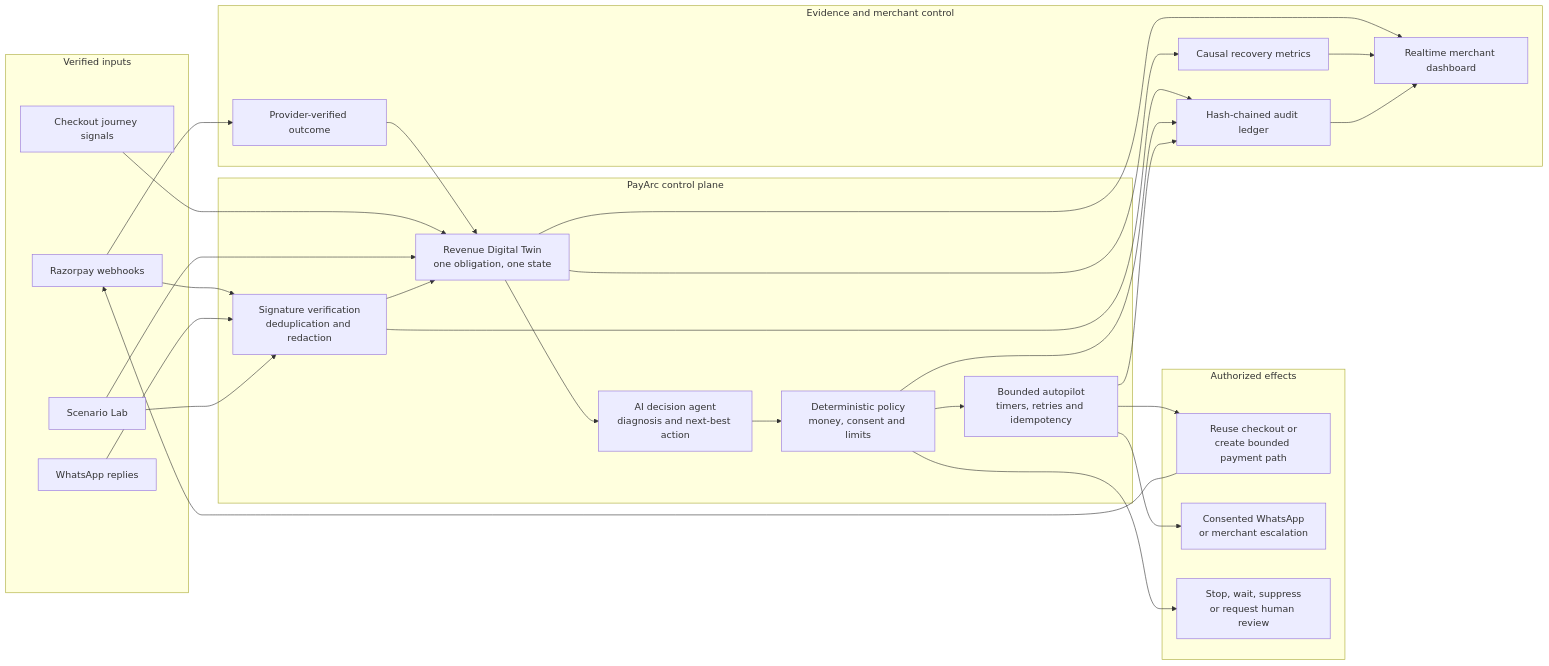
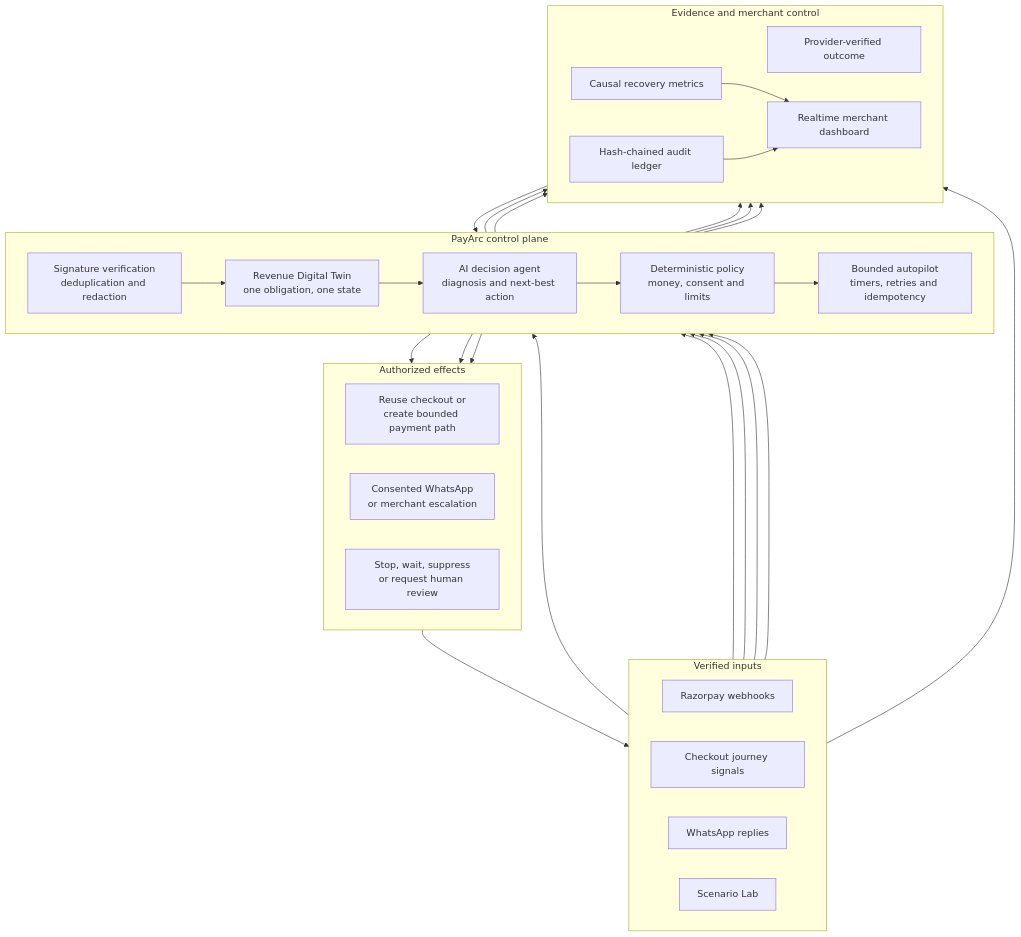
One commit to l0h1nth/PayArc changed the first of 8 diagrams in README.md. Above: the diagram before and after it, drawn with Mermaid. The commit also changed other lines of this file, not shown here.

Commit message:
docs: improve pipeline diagram readability

````diff
--- a/README.md
+++ b/README.md
@@ -11,49 +11,53 @@
 ```mermaid
-flowchart LR
+flowchart TB
     subgraph Sources[Verified inputs]
+        direction LR
         RZP[Razorpay webhooks]
         SDK[Checkout journey signals]
         WA[WhatsApp replies]
         LAB[Scenario Lab]
     end
 
     subgraph Control[PayArc control plane]
+        direction LR
         VERIFY[Signature verification<br/>deduplication and redaction]
         TWIN[Revenue Digital Twin<br/>one obligation, one state]
         AI[AI decision agent<br/>diagnosis and next-best action]
         POLICY[Deterministic policy<br/>money, consent and limits]
         WORKER[Bounded autopilot<br/>timers, retries and idempotency]
     end
 
     subgraph Effects[Authorized effects]
+        direction LR
         PATH[Reuse checkout or<br/>create bounded payment path]
         MESSAGE[Consented WhatsApp<br/>or merchant escalation]
         STOP[Stop, wait, suppress<br/>or request human review]
     end
 
     subgraph Proof[Evidence and merchant control]
+        direction LR
         OUTCOME[Provider-verified outcome]
         METRICS[Causal recovery metrics]
         AUDIT[Hash-chained audit ledger]
         UI[Realtime merchant dashboard]
     end
 
     RZP --> VERIFY
     WA --> VERIFY
     SDK --> TWIN
     LAB --> VERIFY
     LAB --> TWIN
     VERIFY --> TWIN --> AI --> POLICY --> WORKER
     POLICY --> STOP
     WORKER --> PATH
     WORKER --> MESSAGE
     PATH --> RZP
     RZP --> OUTCOME --> TWIN
     TWIN --> METRICS
     VERIFY --> AUDIT
     POLICY --> AUDIT
     WORKER --> AUDIT
     TWIN --> UI
     METRICS --> UI
     AUDIT --> UI
 ```
````
